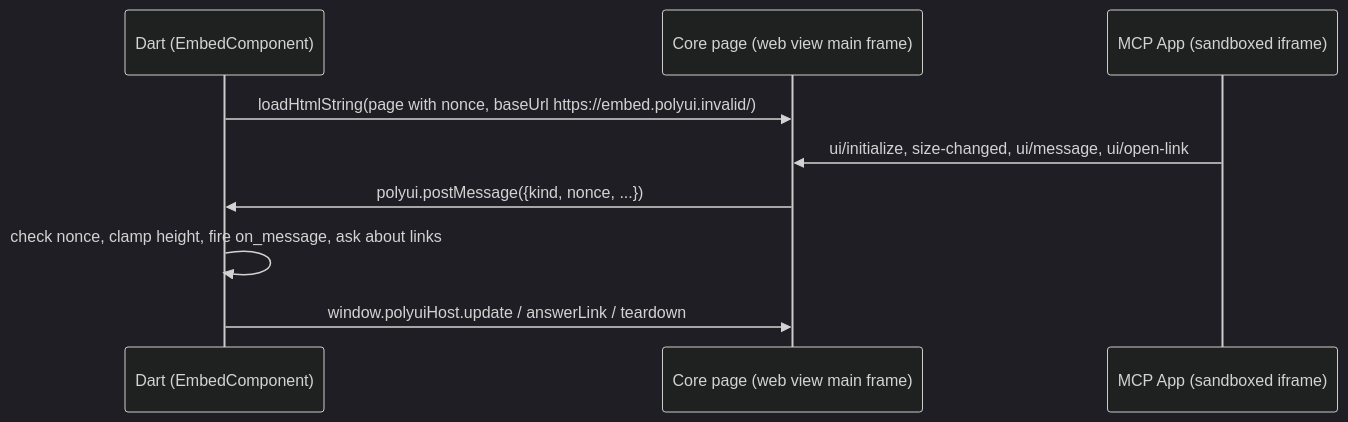
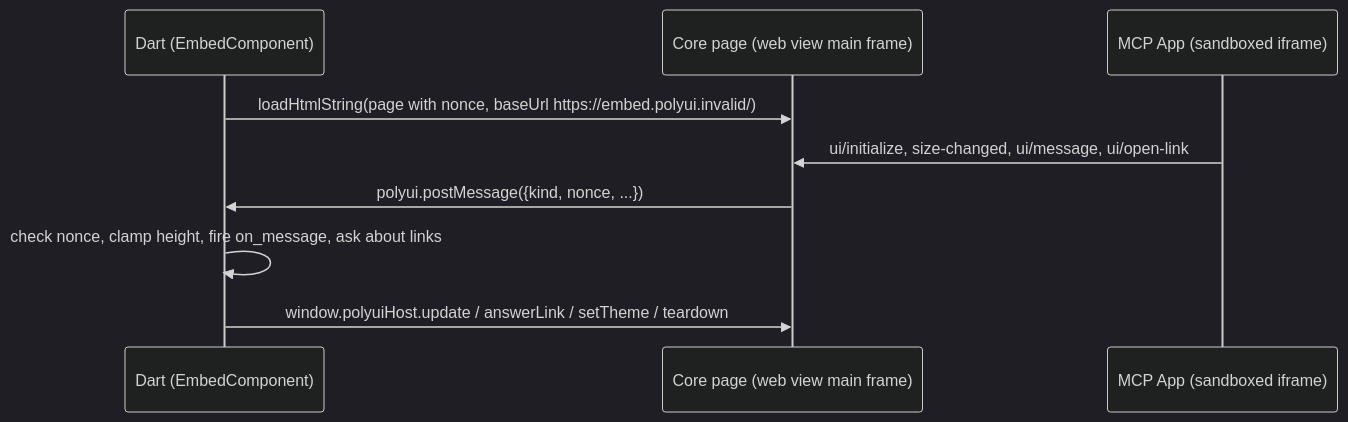
Before and after one commit to murtazox04/polyui: the second of 2 diagrams in docs/flutter.md, drawn with Mermaid (dark theme). The commit also changed 20 other files, not shown here.

First line of the commit message:
Tell MCP Apps the host theme and follow its changes

````diff
--- a/docs/flutter.md
+++ b/docs/flutter.md
@@ -217,11 +217,11 @@
 ```mermaid
 sequenceDiagram
     participant D as Dart (EmbedComponent)
     participant P as Core page (web view main frame)
     participant A as MCP App (sandboxed iframe)
     D->>P: loadHtmlString(page with nonce, baseUrl https://embed.polyui.invalid/)
     A->>P: ui/initialize, size-changed, ui/message, ui/open-link
     P->>D: polyui.postMessage({kind, nonce, ...})
     D->>D: check nonce, clamp height, fire on_message, ask about links
-    D->>P: window.polyuiHost.update / answerLink / teardown
+    D->>P: window.polyuiHost.update / answerLink / setTheme / teardown
 ```
````
